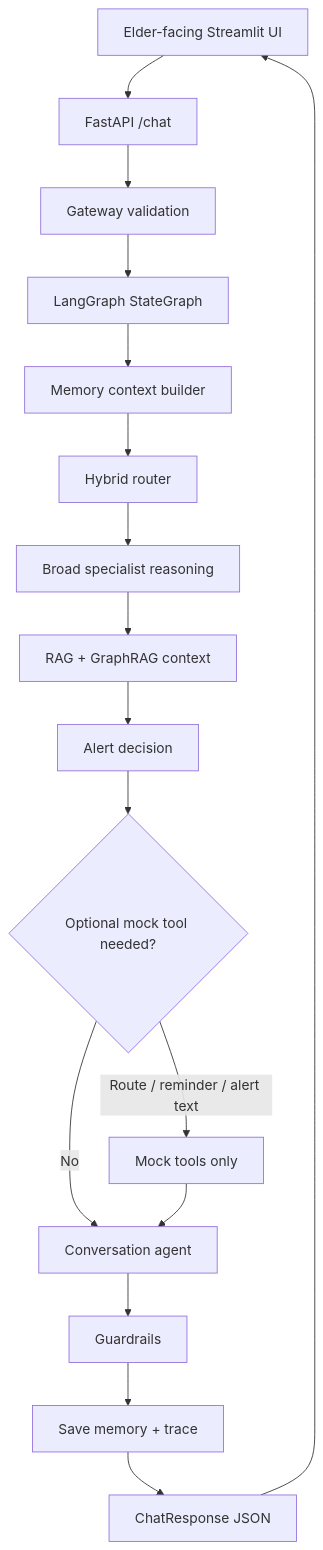
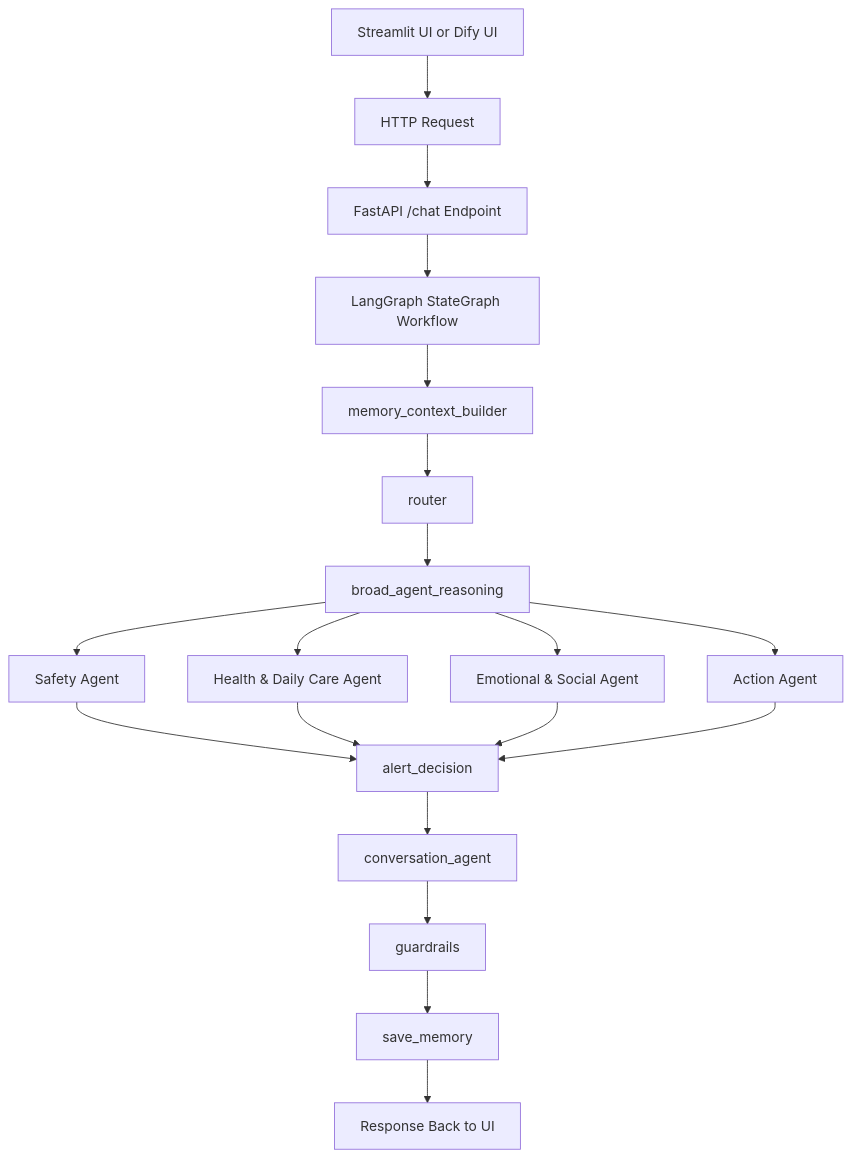
The first of 6 diagrams in README.md (Ami14123/Explanable-Eldercare-Agent), drawn with Mermaid before and after one commit. The commit also changed other lines of this file, not shown here.

````diff
--- a/README.md
+++ b/README.md
@@ -63,19 +23,24 @@
 ```mermaid
 flowchart TD
-    A["Elder-facing Streamlit UI"] --> B["FastAPI /chat"]
-    B --> C["Gateway validation"]
-    C --> D["LangGraph StateGraph"]
-    D --> E["Memory context builder"]
-    E --> F["Hybrid router"]
-    F --> G["Broad specialist reasoning"]
-    G --> H["RAG + GraphRAG context"]
-    H --> I["Alert decision"]
-    I --> J{"Optional mock tool needed?"}
-    J -->|Route / reminder / alert text| K["Mock tools only"]
-    J -->|No| L["Conversation agent"]
-    K --> L
-    L --> M["Guardrails"]
-    M --> N["Save memory + trace"]
-    N --> O["ChatResponse JSON"]
-    O --> A
+    A[Streamlit UI or Dify UI] --> B[HTTP Request]
+    B --> C[FastAPI /chat Endpoint]
+    C --> D[LangGraph StateGraph Workflow]
+    D --> E[memory_context_builder]
+    E --> F[router]
+    F --> G[broad_agent_reasoning]
+
+    G --> S[Safety Agent]
+    G --> H[Health & Daily Care Agent]
+    G --> M[Emotional & Social Agent]
+    G --> X[Action Agent]
+
+    S --> I[alert_decision]
+    H --> I
+    M --> I
+    X --> I
+
+    I --> J[conversation_agent]
+    J --> K[guardrails]
+    K --> L[save_memory]
+    L --> N[Response Back to UI]
 ```
````
